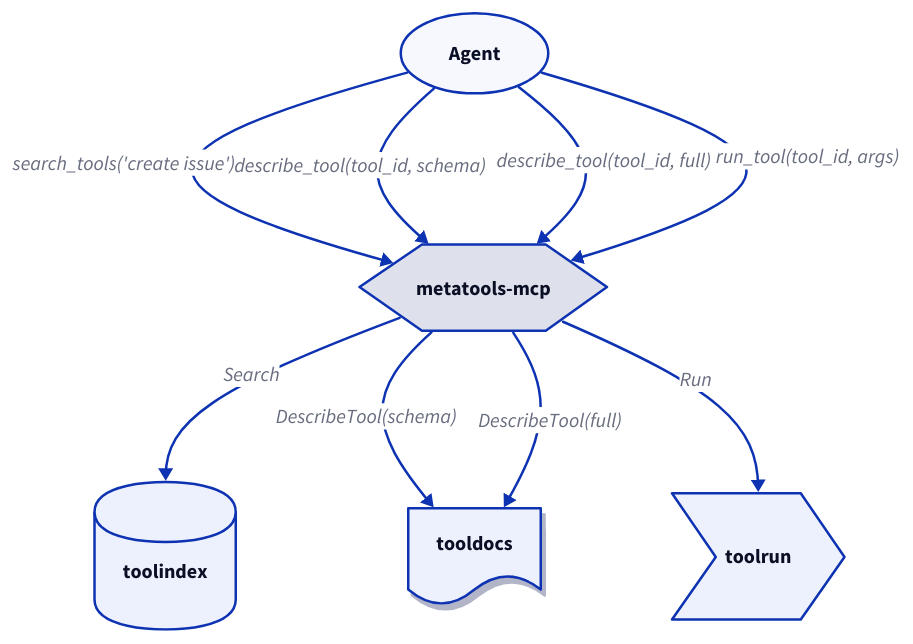
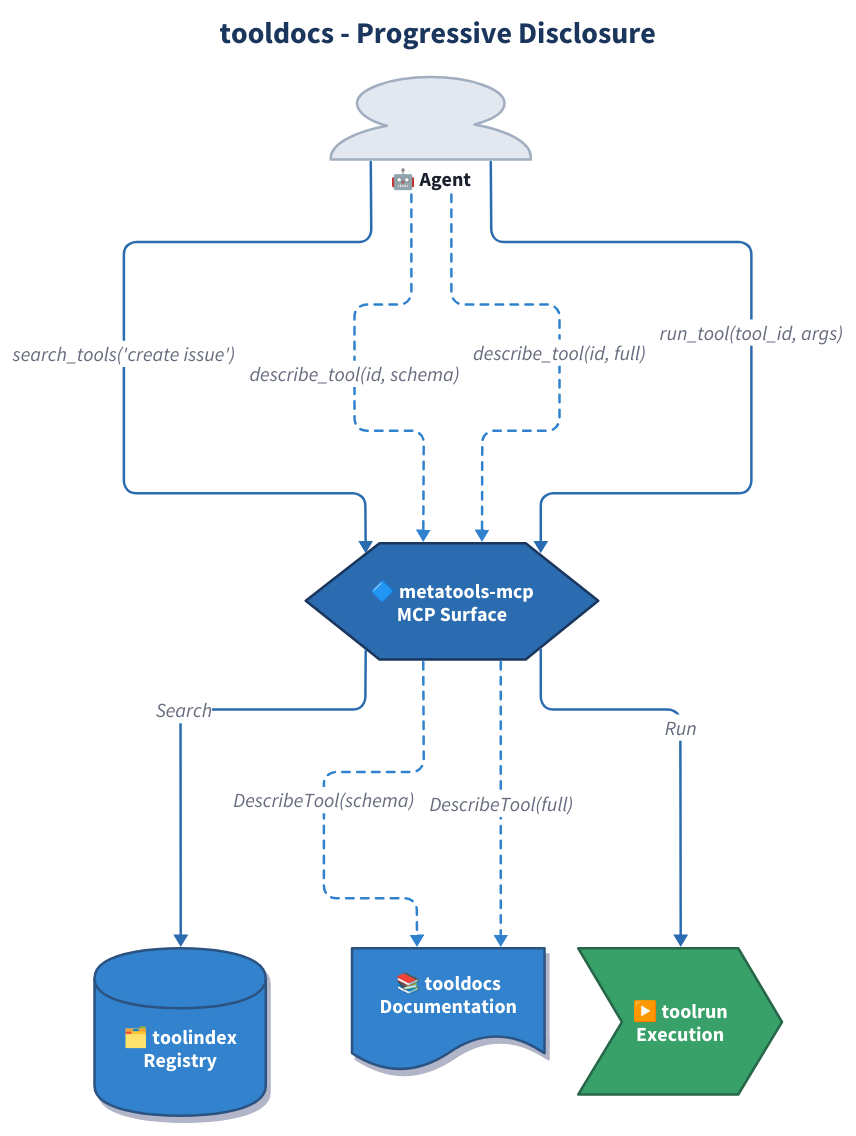
The diagram in docs/diagrams/user-journey.d2 (jonwraymond/tooldocs), drawn with D2 before and after one commit. The commit also changed 3 other files, not shown here.

Commit message:
docs(tooldocs): refresh diagrams

```diff
--- a/docs/diagrams/user-journey.d2
+++ b/docs/diagrams/user-journey.d2
@@ -1,36 +1,135 @@
+# tooldocs User Journey
+# Progressive disclosure documentation workflow
+
 direction: down
 
-style: { font-size: 14 }
-
-agent: "Agent" {
-  shape: oval
+vars: {
+  d2-config: {
+    layout-engine: elk
+    theme-id: 0
+  }
+  discovery-fill: "#3182ce"
+  surface-fill: "#2b6cb0"
+  execution-fill: "#38a169"
+  actor-fill: "#e2e8f0"
 }
 
-metatools: "metatools-mcp" {
-  shape: hexagon
+classes: {
+  actor: {
+    style: {
+      fill: ${actor-fill}
+      stroke: "#a0aec0"
+      stroke-width: 2
+      font-color: "#1a202c"
+      bold: true
+    }
+  }
+  discovery: {
+    style: {
+      fill: ${discovery-fill}
+      stroke: "#2c5282"
+      stroke-width: 2
+      font-color: "#fff"
+      shadow: true
+    }
+  }
+  surface: {
+    style: {
+      fill: ${surface-fill}
+      stroke: "#1a365d"
+      stroke-width: 2
+      font-color: "#fff"
+    }
+  }
+  execution: {
+    style: {
+      fill: ${execution-fill}
+      stroke: "#276749"
+      stroke-width: 2
+      font-color: "#fff"
+    }
+  }
+  agent-flow: {
+    style: {
+      stroke: ${surface-fill}
+      stroke-width: 2
+    }
+  }
+  detail-flow: {
+    style: {
+      stroke: ${discovery-fill}
+      stroke-width: 2
+      stroke-dash: 3
+    }
+  }
 }
 
-index: "toolindex" {
-  shape: cylinder
+# Title
+title: "tooldocs - Progressive Disclosure" {
+  shape: text
+  near: top-center
+  style: {
+    font-size: 24
+    bold: true
+    font-color: "#1a365d"
+  }
 }
 
-docs: "tooldocs" {
-  shape: document
-  style: { shadow: true }
+# Actors
+agent: "🤖 Agent" {
+  shape: person
+  class: actor
 }
 
-runner: "toolrun" {
-  shape: step
+# Components
+metatools: "🔷 metatools-mcp\nMCP Surface" {
+  shape: hexagon
+  class: surface
 }
 
-agent -> metatools: "search_tools('create issue')"
-metatools -> index: "Search"
+index: "🗂️ toolindex\nRegistry" {
+  shape: cylinder
+  class: discovery
+}
 
-agent -> metatools: "describe_tool(tool_id, schema)"
-metatools -> docs: "DescribeTool(schema)"
+docs: "📚 tooldocs\nDocumentation" {
+  shape: document
+  class: discovery
+}
 
-agent -> metatools: "describe_tool(tool_id, full)"
-metatools -> docs: "DescribeTool(full)"
+runner: "▶️ toolrun\nExecution" {
+  shape: step
+  class: execution
+}
 
-agent -> metatools: "run_tool(tool_id, args)"
-metatools -> runner: "Run"
+# Search Flow (summary tier)
+agent -> metatools: "search_tools('create issue')" {
+  class: agent-flow
+}
+metatools -> index: "Search" {
+  class: agent-flow
+}
+
+# Schema tier
+agent -> metatools: "describe_tool(id, schema)" {
+  class: detail-flow
+}
+metatools -> docs: "DescribeTool(schema)" {
+  class: detail-flow
+}
+
+# Full tier
+agent -> metatools: "describe_tool(id, full)" {
+  class: detail-flow
+}
+metatools -> docs: "DescribeTool(full)" {
+  class: detail-flow
+}
+
+# Execution
+agent -> metatools: "run_tool(tool_id, args)" {
+  class: agent-flow
+}
+metatools -> runner: "Run" {
+  class: agent-flow
+}
```
